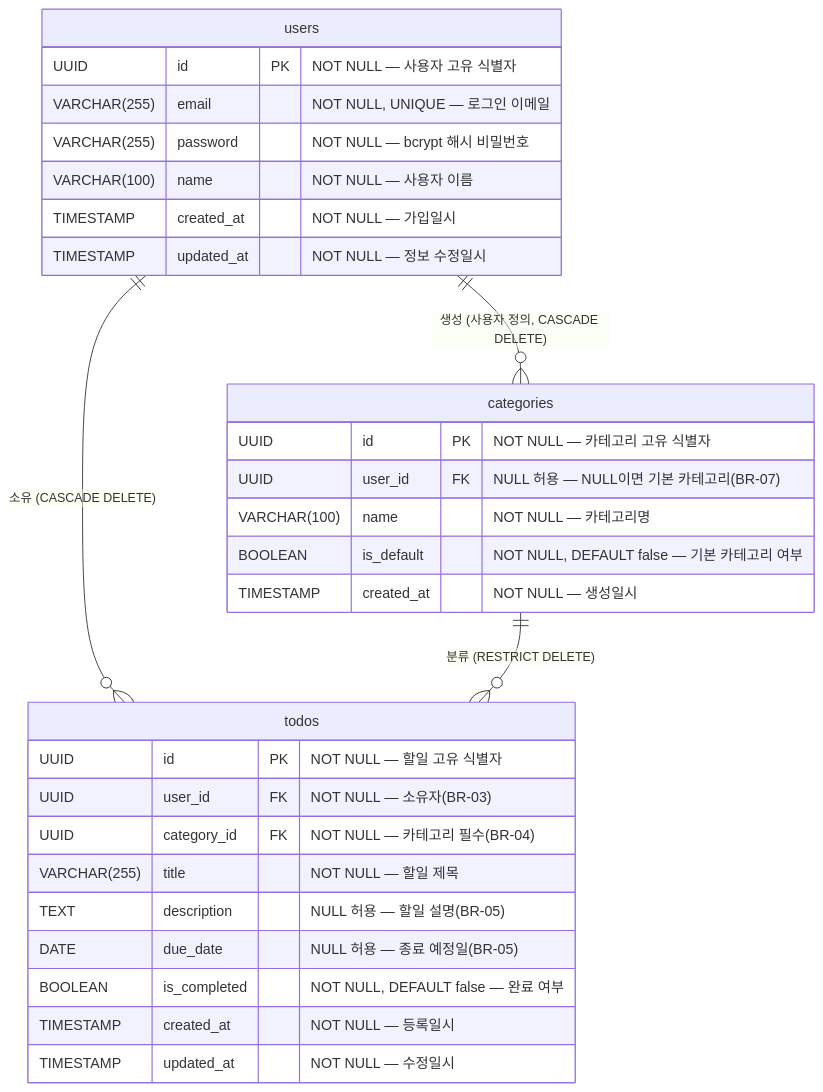
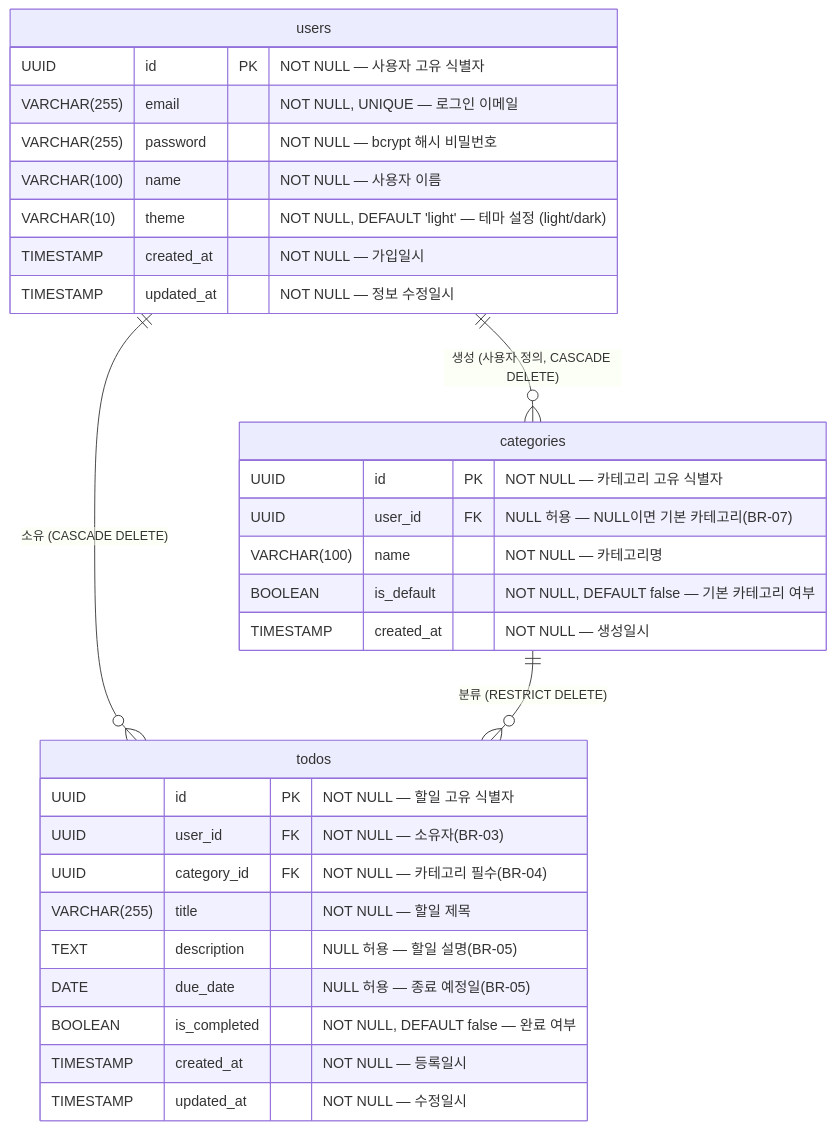
The diagram in docs/6-erd.md (hommysimson-create/todolist-app), drawn with Mermaid before and after one commit. The commit also changed other lines of this file and 246 other files, not shown here.

````diff
--- a/docs/6-erd.md
+++ b/docs/6-erd.md
@@ -22,35 +22,36 @@
 ```mermaid
 erDiagram
     users {
         UUID id PK "NOT NULL — 사용자 고유 식별자"
         VARCHAR(255) email "NOT NULL, UNIQUE — 로그인 이메일"
         VARCHAR(255) password "NOT NULL — bcrypt 해시 비밀번호"
         VARCHAR(100) name "NOT NULL — 사용자 이름"
+        VARCHAR(10) theme "NOT NULL, DEFAULT 'light' — 테마 설정 (light/dark)"
         TIMESTAMP created_at "NOT NULL — 가입일시"
         TIMESTAMP updated_at "NOT NULL — 정보 수정일시"
     }
 
     categories {
         UUID id PK "NOT NULL — 카테고리 고유 식별자"
         UUID user_id FK "NULL 허용 — NULL이면 기본 카테고리(BR-07)"
         VARCHAR(100) name "NOT NULL — 카테고리명"
         BOOLEAN is_default "NOT NULL, DEFAULT false — 기본 카테고리 여부"
         TIMESTAMP created_at "NOT NULL — 생성일시"
     }
 
     todos {
         UUID id PK "NOT NULL — 할일 고유 식별자"
         UUID user_id FK "NOT NULL — 소유자(BR-03)"
         UUID category_id FK "NOT NULL — 카테고리 필수(BR-04)"
         VARCHAR(255) title "NOT NULL — 할일 제목"
         TEXT description "NULL 허용 — 할일 설명(BR-05)"
         DATE due_date "NULL 허용 — 종료 예정일(BR-05)"
         BOOLEAN is_completed "NOT NULL, DEFAULT false — 완료 여부"
         TIMESTAMP created_at "NOT NULL — 등록일시"
         TIMESTAMP updated_at "NOT NULL — 수정일시"
     }
 
     users ||--o{ todos : "소유 (CASCADE DELETE)"
     users ||--o{ categories : "생성 (사용자 정의, CASCADE DELETE)"
     categories ||--o{ todos : "분류 (RESTRICT DELETE)"
 ```
````
